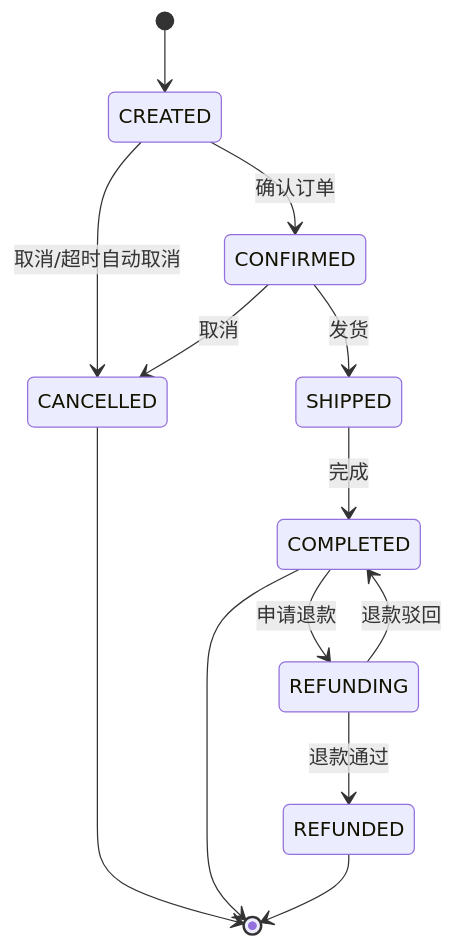
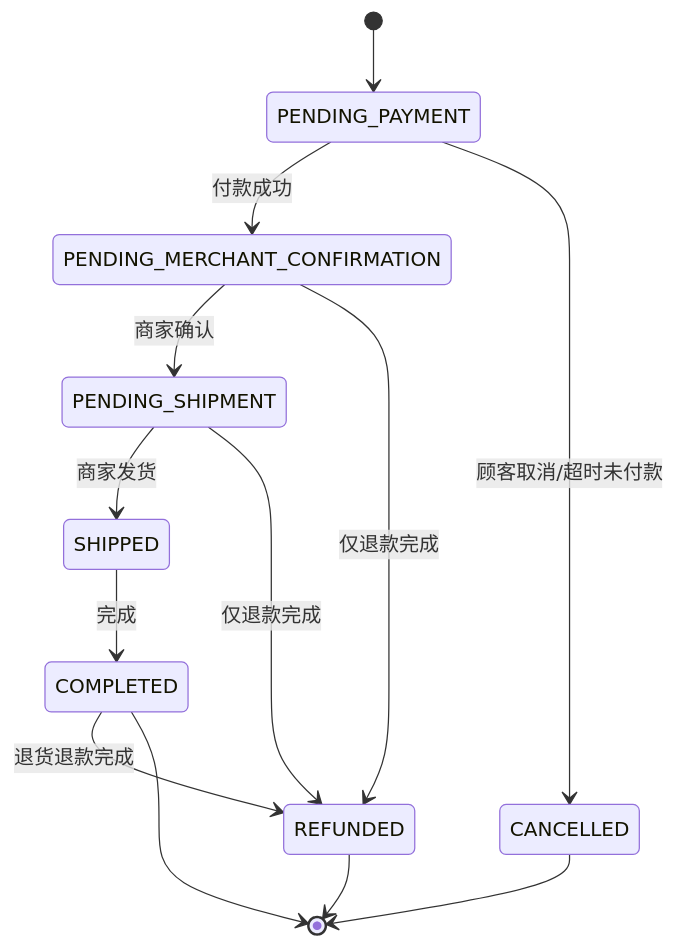
One commit to huoyu48/Trademall- changed the fifth of 7 diagrams in docs/PROJECT.md. Above: the diagram before and after it, drawn with Mermaid. The commit also changed other lines of this file and 31 other files, not shown here.

````diff
--- a/docs/PROJECT.md
+++ b/docs/PROJECT.md
@@ -184,15 +184,15 @@
 ```mermaid
 stateDiagram-v2
-    [*] --> CREATED
-    CREATED --> CONFIRMED: 确认订单
-    CREATED --> CANCELLED: 取消/超时自动取消
-    CONFIRMED --> SHIPPED: 发货
-    CONFIRMED --> CANCELLED: 取消
+    [*] --> PENDING_PAYMENT
+    PENDING_PAYMENT --> PENDING_MERCHANT_CONFIRMATION: 付款成功
+    PENDING_PAYMENT --> CANCELLED: 顾客取消/超时未付款
+    PENDING_MERCHANT_CONFIRMATION --> PENDING_SHIPMENT: 商家确认
+    PENDING_SHIPMENT --> SHIPPED: 商家发货
     SHIPPED --> COMPLETED: 完成
-    COMPLETED --> REFUNDING: 申请退款
-    REFUNDING --> REFUNDED: 退款通过
-    REFUNDING --> COMPLETED: 退款驳回
+    PENDING_MERCHANT_CONFIRMATION --> REFUNDED: 仅退款完成
+    PENDING_SHIPMENT --> REFUNDED: 仅退款完成
+    COMPLETED --> REFUNDED: 退货退款完成
     CANCELLED --> [*]
     COMPLETED --> [*]
     REFUNDED --> [*]
 ```
````
